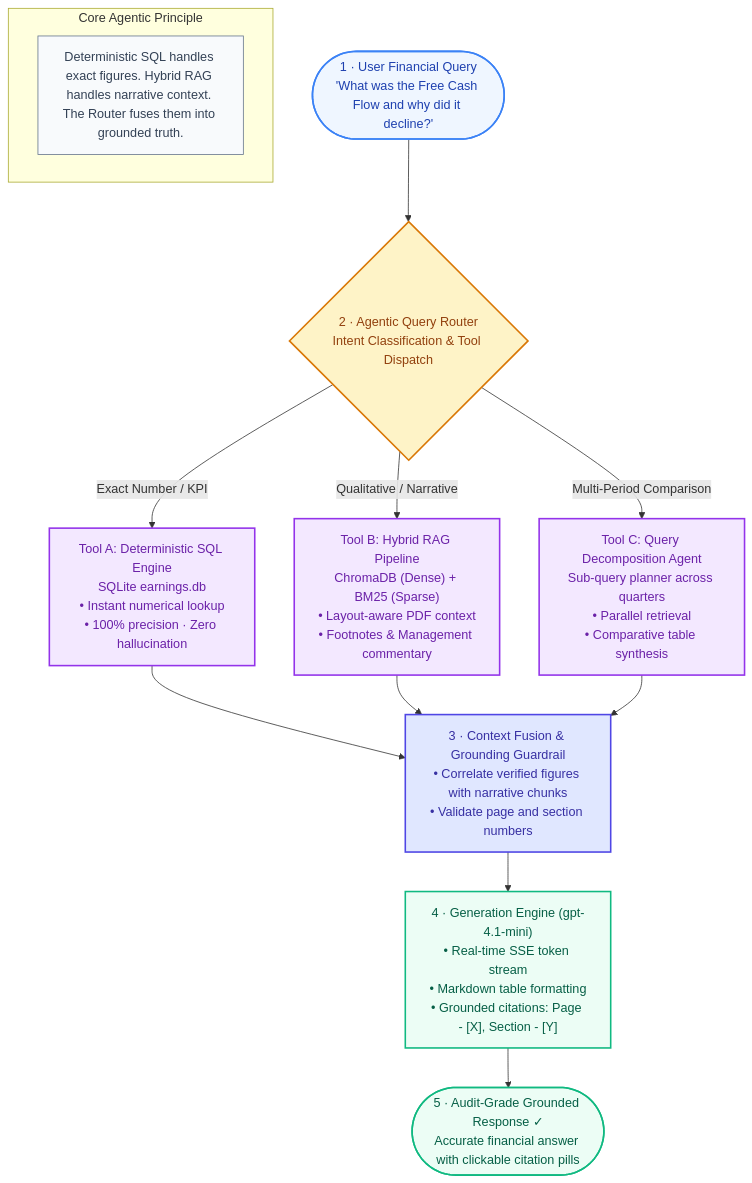
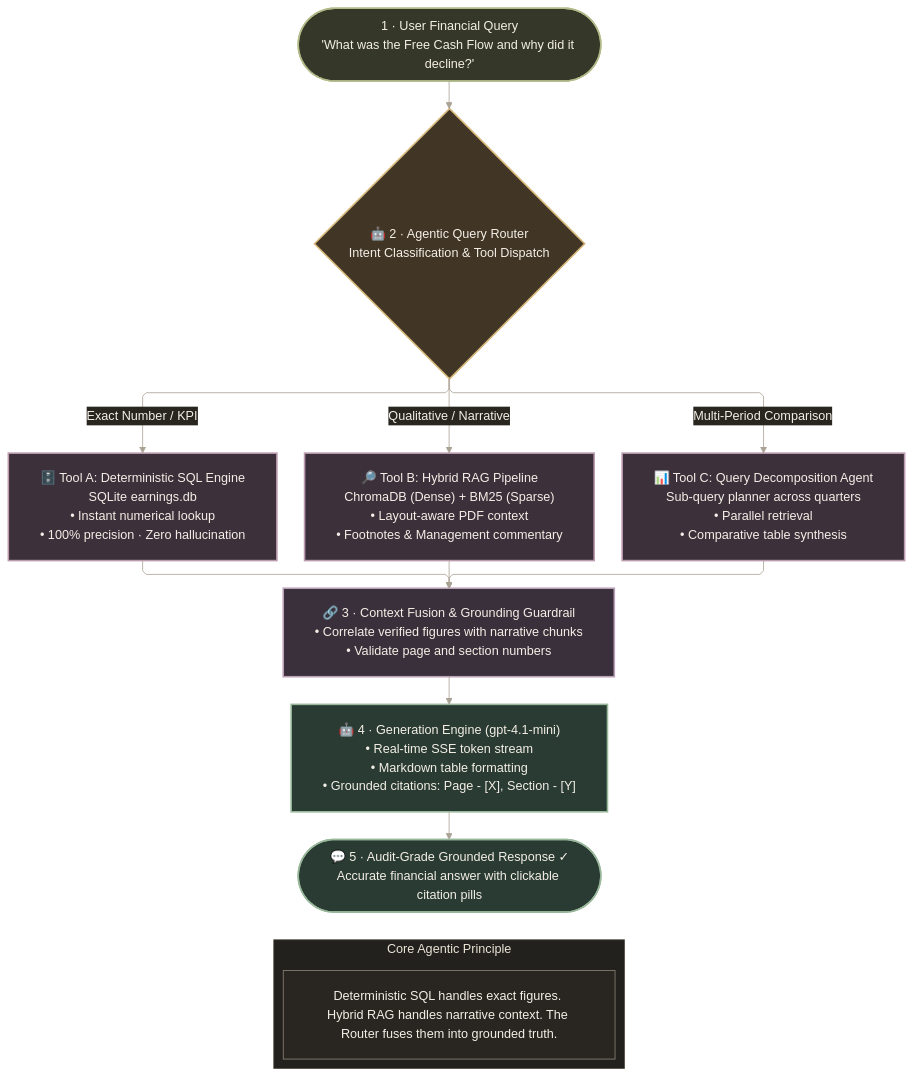
The first of 10 diagrams in week2-project-stock-ai-analyzer/ARCHITECTURE.md (tarunkhurana2015/ai-certification-gen-academy), drawn with Mermaid before and after one commit. The commit also changed other lines of this file and 22 other files, not shown here.

Commit message:
modified diagrams

````diff
--- a/week2-project-stock-ai-analyzer/ARCHITECTURE.md
+++ b/week2-project-stock-ai-analyzer/ARCHITECTURE.md
@@ -79,32 +84,37 @@
 ```mermaid
+%%{init: {"theme":"base","themeVariables":{"darkMode":true,"background":"#191816","primaryColor":"#34302A","primaryTextColor":"#F4EFE6","primaryBorderColor":"#C6AA76","secondaryColor":"#3C303B","secondaryTextColor":"#F4EFE6","secondaryBorderColor":"#BC9AAF","tertiaryColor":"#293B32","tertiaryTextColor":"#F4EFE6","tertiaryBorderColor":"#99B89B","lineColor":"#AAA294","textColor":"#F4EFE6","mainBkg":"#34302A","clusterBkg":"#22211E","clusterBorder":"#514B41","titleColor":"#ECE3D5","edgeLabelBackground":"#292620","actorBkg":"#34302A","actorBorder":"#C6AA76","actorTextColor":"#F4EFE6","actorLineColor":"#8F8679","signalColor":"#D6BA87","signalTextColor":"#ECE3D5","labelBoxBkgColor":"#3C303B","labelBoxBorderColor":"#BC9AAF","labelTextColor":"#F4EFE6","loopTextColor":"#E0CEDB","noteBkgColor":"#413526","noteTextColor":"#F1DEC0","noteBorderColor":"#D7B77A","activationBkgColor":"#293B32","activationBorderColor":"#99B89B","sequenceNumberColor":"#191816","fontFamily":"Arial, Helvetica, sans-serif","fontSize":"16px"},"themeCSS":"& { background-color: #191816; } .node rect, .node polygon, .node path, .node circle { stroke-width: 1.5px; } .node rect { rx: 9px; ry: 9px; } .cluster rect { rx: 12px; ry: 12px; } .cluster-label span { font-weight: 600; } .edgeLabel { color: #E9DECC; } .flowchart-link { stroke-width: 1.5px; } text, .label, .nodeLabel, .cluster-label, .edgeLabel, foreignObject, p, span { font-family: Arial, Helvetica, sans-serif !important; }","layout":"elk","elk":{"mergeEdges":true,"nodePlacementStrategy":"NETWORK_SIMPLEX","cycleBreakingStrategy":"GREEDY","forceNodeModelOrder":false},"flowchart":{"curve":"linear","nodeSpacing":36,"rankSpacing":64,"padding":20,"wrappingWidth":340,"useMaxWidth":true,"htmlLabels":true}}}%%
 flowchart TD
-    classDef input fill:#EFF6FF,stroke:#3B82F6,stroke-width:2px,color:#1E40AF
-    classDef router fill:#FEF3C7,stroke:#D97706,stroke-width:2px,color:#92400E
-    classDef tool fill:#F3E8FF,stroke:#9333EA,stroke-width:2px,color:#6B21A8
-    classDef fusion fill:#E0E7FF,stroke:#4F46E5,stroke-width:2px,color:#3730A3
-    classDef output fill:#ECFDF5,stroke:#10B981,stroke-width:2px,color:#065F46
-    classDef banner fill:#F8FAFC,stroke:#64748B,stroke-width:1px,color:#334155
+    classDef input fill:#353829,stroke:#B1BB89,stroke-width:2px,color:#F4EFE6
+    classDef router fill:#413526,stroke:#D7B77A,stroke-width:2px,color:#F4EFE6
+    classDef tool fill:#3C303B,stroke:#BC9AAF,stroke-width:2px,color:#F4EFE6
+    classDef fusion fill:#3A303B,stroke:#BAA0B7,stroke-width:2px,color:#F4EFE6
+    classDef output fill:#293B32,stroke:#99B89B,stroke-width:2px,color:#F4EFE6
+    classDef banner fill:#292621,stroke:#8F8679,stroke-width:1px,color:#F4EFE6
 
     UserPrompt(["1 · User Financial Query<br/>'What was the Free Cash Flow and why did it decline?'"]):::input
 
-    UserPrompt --> AgentRouter{"2 · Agentic Query Router<br/>Intent Classification & Tool Dispatch"}:::router
+    UserPrompt --> AgentRouter{"🤖 2 · Agentic Query Router<br/>Intent Classification & Tool Dispatch"}:::router
 
-    AgentRouter -->|Exact Number / KPI| ToolSQL["Tool A: Deterministic SQL Engine<br/>SQLite earnings.db<br/>• Instant numerical lookup<br/>• 100% precision · Zero hallucination"]:::tool
+    AgentRouter -->|Exact Number / KPI| ToolSQL["🗄️ Tool A: Deterministic SQL Engine<br/>SQLite earnings.db<br/>• Instant numerical lookup<br/>• 100% precision · Zero hallucination"]:::tool
 
-    AgentRouter -->|Qualitative / Narrative| ToolHybrid["Tool B: Hybrid RAG Pipeline<br/>ChromaDB (Dense) + BM25 (Sparse)<br/>• Layout-aware PDF context<br/>• Footnotes & Management commentary"]:::tool
+    AgentRouter -->|Qualitative / Narrative| ToolHybrid["🔎 Tool B: Hybrid RAG Pipeline<br/>ChromaDB (Dense) + BM25 (Sparse)<br/>• Layout-aware PDF context<br/>• Footnotes & Management commentary"]:::tool
 
-    AgentRouter -->|Multi-Period Comparison| ToolDecomp["Tool C: Query Decomposition Agent<br/>Sub-query planner across quarters<br/>• Parallel retrieval<br/>• Comparative table synthesis"]:::tool
+    AgentRouter -->|Multi-Period Comparison| ToolDecomp["📊 Tool C: Query Decomposition Agent<br/>Sub-query planner across quarters<br/>• Parallel retrieval<br/>• Comparative table synthesis"]:::tool
 
-    ToolSQL --> FusedContext["3 · Context Fusion & Grounding Guardrail<br/>• Correlate verified figures with narrative chunks<br/>• Validate page and section numbers"]:::fusion
+    ToolSQL --> FusedContext["🔗 3 · Context Fusion & Grounding Guardrail<br/>• Correlate verified figures with narrative chunks<br/>• Validate page and section numbers"]:::fusion
     ToolHybrid --> FusedContext
     ToolDecomp --> FusedContext
 
-    FusedContext --> LLMGen["4 · Generation Engine (gpt-4.1-mini)<br/>• Real-time SSE token stream<br/>• Markdown table formatting<br/>• Grounded citations: Page - [X], Section - [Y]"]:::output
+    FusedContext --> LLMGen["🤖 4 · Generation Engine (gpt-4.1-mini)<br/>• Real-time SSE token stream<br/>• Markdown table formatting<br/>• Grounded citations: Page - [X], Section - [Y]"]:::output
 
-    LLMGen --> VerifiedAns(["5 · Audit-Grade Grounded Response ✓<br/>Accurate financial answer with clickable citation pills"]):::output
+    LLMGen --> VerifiedAns(["💬 5 · Audit-Grade Grounded Response ✓<br/>Accurate financial answer with clickable citation pills"]):::output
 
     subgraph Banner["Core Agentic Principle"]
         direction LR
         BText["Deterministic SQL handles exact figures. Hybrid RAG handles narrative context. The Router fuses them into grounded truth."]:::banner
     end
+
+    classDef default fill:#34302A,stroke:#C6AA76,color:#F4EFE6
+    linkStyle default stroke:#AAA294
+    VerifiedAns ~~~ Banner
 ```
````
